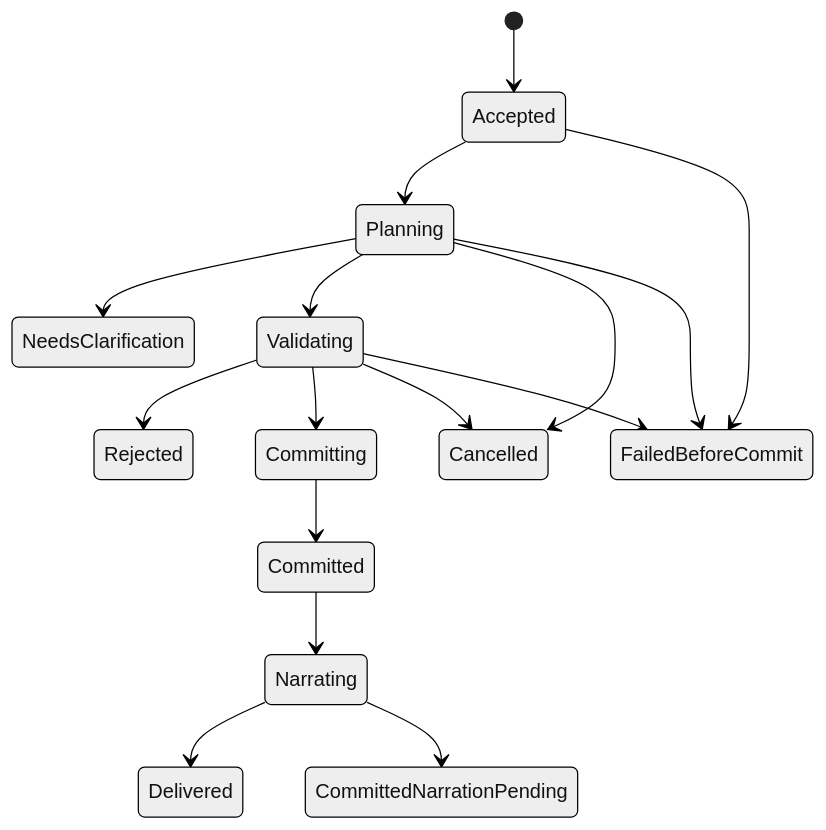
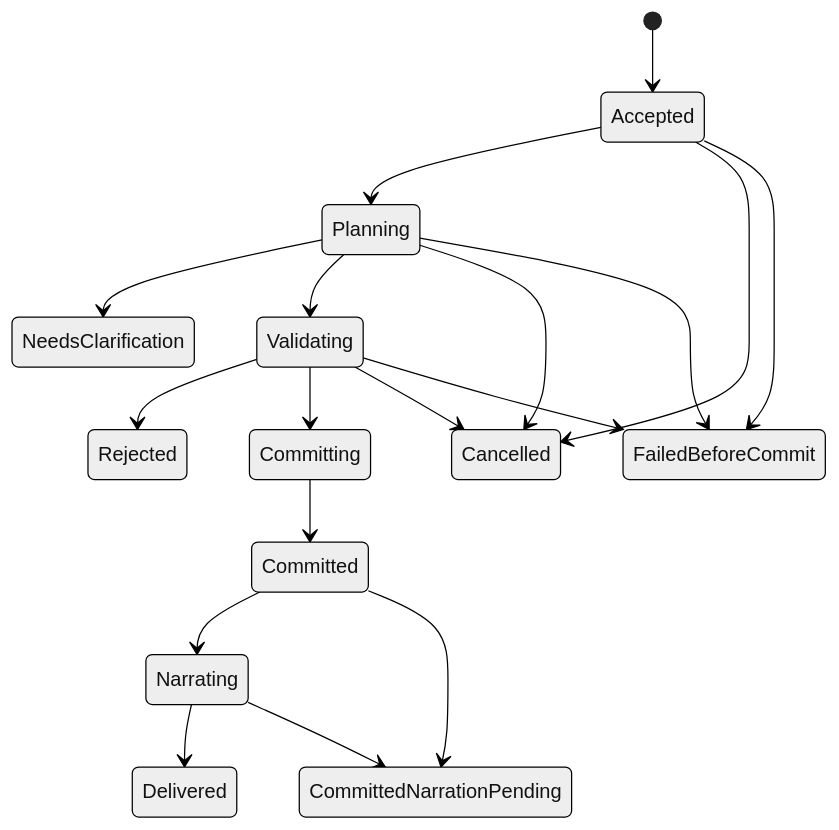
The diagram in docs/07-turn-protocol.md (AjimuZ/ai-rpg-engine), drawn with Mermaid (neutral theme) before and after one commit. The commit also changed other lines of this file and 54 other files, not shown here.

````diff
--- a/docs/07-turn-protocol.md
+++ b/docs/07-turn-protocol.md
@@ -39,18 +39,20 @@
 ```mermaid
 stateDiagram-v2
     [*] --> Accepted
     Accepted --> Planning
     Planning --> NeedsClarification
     Planning --> Validating
     Validating --> Rejected
     Validating --> Committing
     Committing --> Committed
     Committed --> Narrating
     Narrating --> Delivered
     Narrating --> CommittedNarrationPending
+    Accepted --> Cancelled
     Planning --> Cancelled
     Validating --> Cancelled
+    Committed --> CommittedNarrationPending
     Accepted --> FailedBeforeCommit
     Planning --> FailedBeforeCommit
     Validating --> FailedBeforeCommit
 ```
````
